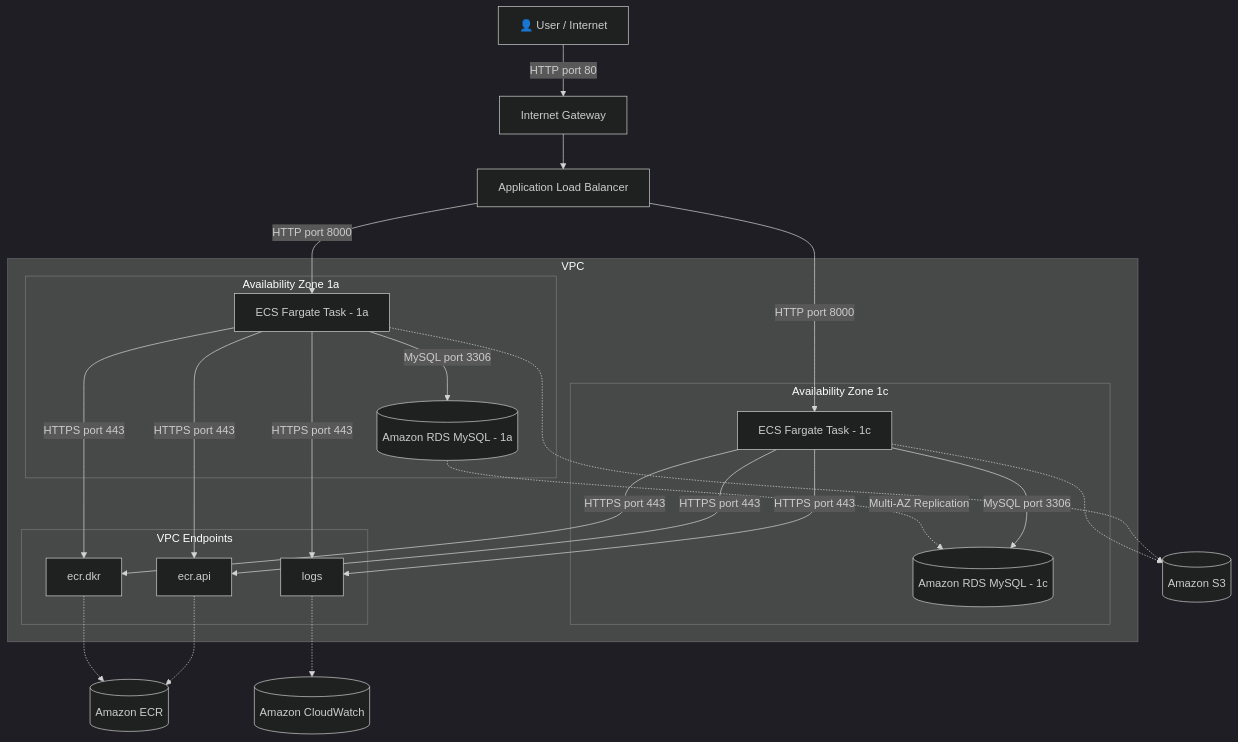
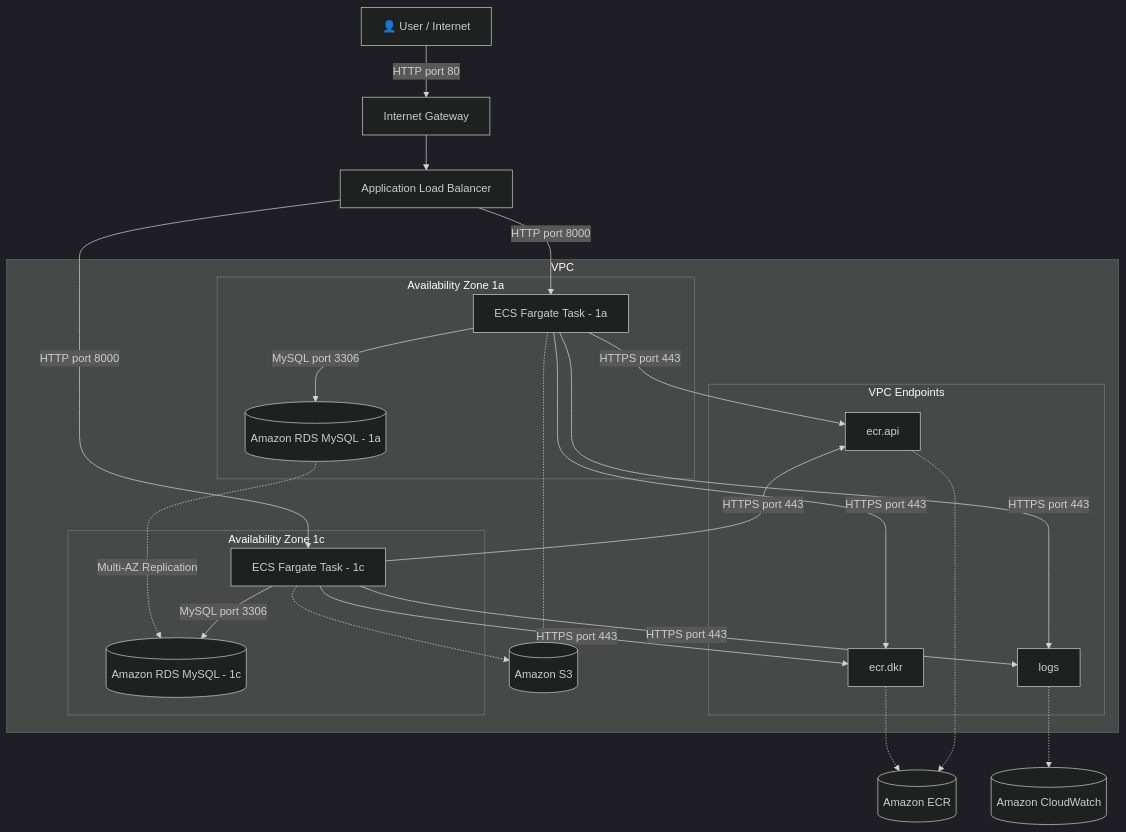
The diagram in README.md (makotonic999/aws-standard-3tier-architecture), drawn with Mermaid (dark theme) before and after one commit.

Commit message:
Update README with VPC and S3 layout adjustments
Reorganize VPC endpoints and S3 layout in the diagram.

````diff
--- a/README.md
+++ b/README.md
@@ -12,63 +12,73 @@
 ```mermaid
 graph TD
     %% コンポーネントの定義
     User[👤 User / Internet]
     IGW[Internet Gateway]
     ALB[Application Load Balancer]
 
     subgraph VPC [VPC]
+        %% VPCエンドポイントを中央に配置するためのサブグラフ
+        subgraph VPCE [VPC Endpoints]
+            ECR_API[ecr.api]
+            ECR_DKR[ecr.dkr]
+            LOGS[logs]
+        end
+
+        %% S3をVPCEの直下に配置
+        AWS_S3[(Amazon S3)]
+
         %% --- 1aのエリア ---
         subgraph AZ_1a [Availability Zone 1a]
             Fargate1[ECS Fargate Task - 1a]
             RDS_1a[(Amazon RDS MySQL - 1a)]
         end
         
         %% --- 1cのエリア ---
         subgraph AZ_1c [Availability Zone 1c]
             Fargate2[ECS Fargate Task - 1c]
             RDS_1c[(Amazon RDS MySQL - 1c)]
         end
-
-        %% --- 共通エンドポイント ---
-        subgraph VPCE [VPC Endpoints]
-            ECR_API[ecr.api]
-            ECR_DKR[ecr.dkr]
-            LOGS[logs]
-        end
     end
 
     AWS_ECR[(Amazon ECR)]
     AWS_CW[(Amazon CloudWatch)]
-    AWS_S3[(Amazon S3)]
 
     %% --- 通信の流れ ---
     User -->|HTTP port 80| IGW
     IGW --> ALB
     
     ALB -->|HTTP port 8000| Fargate1
     ALB -->|HTTP port 8000| Fargate2
 
     %% アプリからDBへのセキュアな通信
     Fargate1 -->|MySQL port 3306| RDS_1a
     Fargate2 -->|MySQL port 3306| RDS_1c
     
-    %% RDS間のマルチAZ同期（構文エラーを回避した安全な書き方）
+    %% RDS間のマルチAZ同期
     RDS_1a -. Multi-AZ Replication .-> RDS_1c
 
     %% 1a, 1c両方からエンドポイントを経由する流れ
     Fargate1 -->|HTTPS port 443| ECR_API
     Fargate1 -->|HTTPS port 443| ECR_DKR
     Fargate1 -->|HTTPS port 443| LOGS
 
     Fargate2 -->|HTTPS port 443| ECR_API
     Fargate2 -->|HTTPS port 443| ECR_DKR
     Fargate2 -->|HTTPS port 443| LOGS
 
     %% エンドポイントからAWS各サービスへ
     ECR_API -.-> AWS_ECR
     ECR_DKR -.-> AWS_ECR
     LOGS -.-> AWS_CW
     
+    %% FargateからS3へ（点線で表現）
     Fargate1 -.-> AWS_S3
     Fargate2 -.-> AWS_S3
+
+    %% --- レイアウト調整用の不可視リンク ---
+    %% S3をVPCEの直下に強制配置
+    VPCE ~~~ AWS_S3
+    %% AZ_1aとAZ_1cをVPCEの両脇に配置
+    AZ_1a ~~~ VPCE
+    VPCE ~~~ AZ_1c
 ```
````
